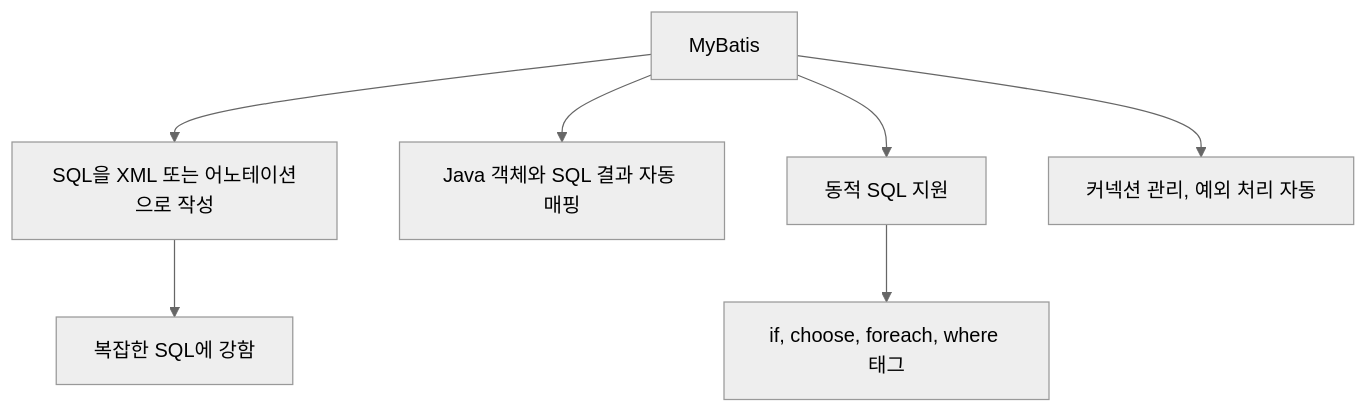
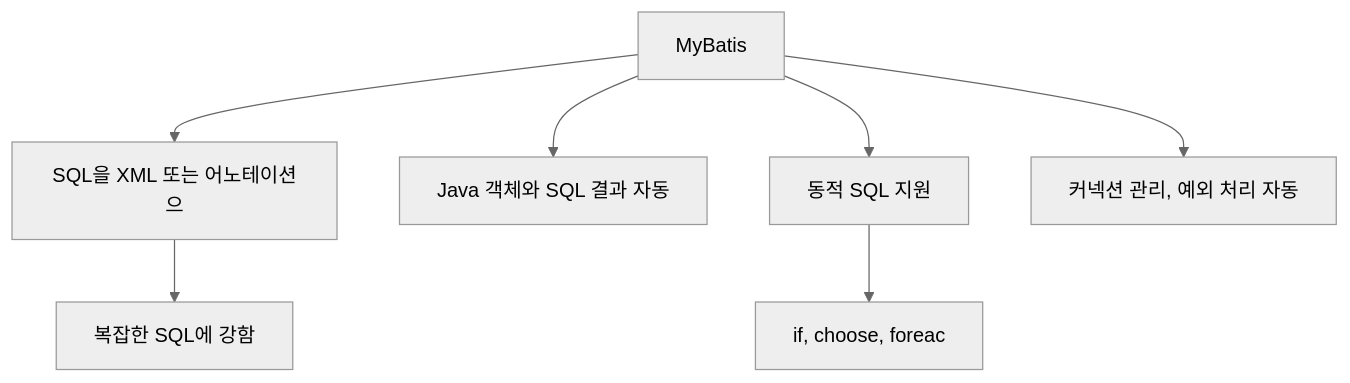
Before and after one commit to yjkim2015/yjkim2015.github.io: the first of 4 diagrams in _posts/spring/2026-05-02-spring-db-2.md, drawn with Mermaid (neutral theme). The commit also changed other lines of this file and 271 other files, not shown here.

First line of the commit message:
Mermaid 라벨 축소: 긴 노드 텍스트 18자 이하로 트림 + \n 제거

````diff
--- a/_posts/spring/2026-05-02-spring-db-2.md
+++ b/_posts/spring/2026-05-02-spring-db-2.md
@@ -164,9 +164,9 @@
 ```mermaid
 graph TD
-    A[MyBatis] --> B["SQL을 XML 또는 어노테이션으로 작성"]
-    A --> C["Java 객체와 SQL 결과 자동 매핑"]
+    A[MyBatis] --> B["SQL을 XML 또는 어노테이션으"]
+    A --> C["Java 객체와 SQL 결과 자동"]
     A --> D["동적 SQL 지원"]
     A --> E["커넥션 관리, 예외 처리 자동"]
     B --> F["복잡한 SQL에 강함"]
-    D --> G["if, choose, foreach, where 태그"]
+    D --> G["if, choose, foreac"]
 ```
````
